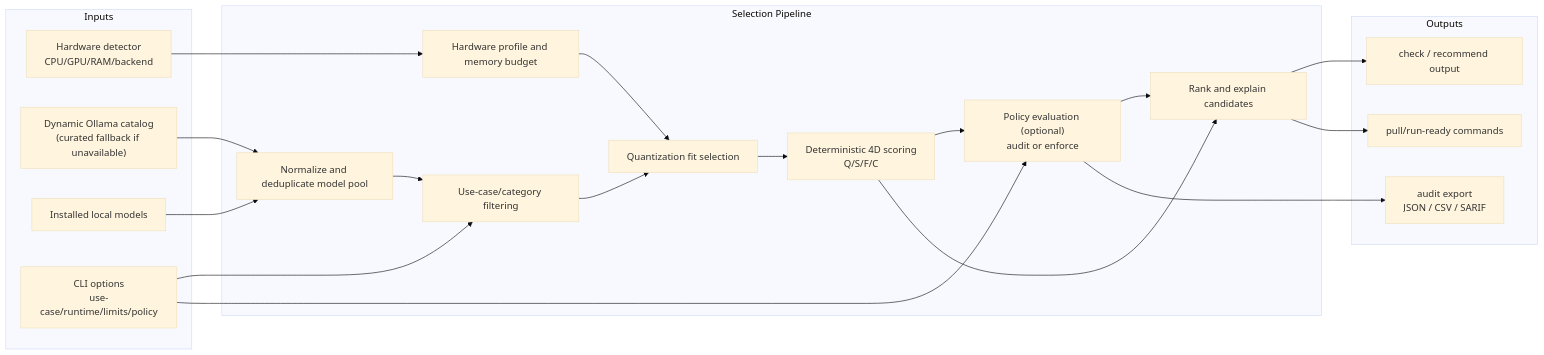
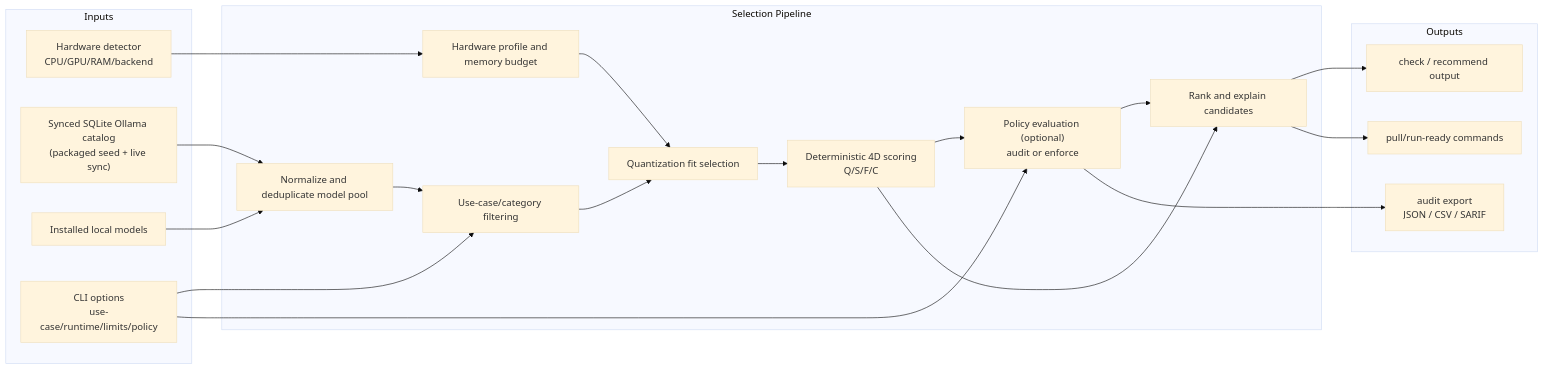
The diagram in README.md (signerless/llm-checker), drawn with Mermaid (base theme) before and after one commit. The commit also changed other lines of this file and 18 other files, not shown here.

````diff
--- a/README.md
+++ b/README.md
@@ -757,41 +822,41 @@
 ```mermaid
 flowchart LR
   subgraph Inputs
     HW["Hardware detector<br/>CPU/GPU/RAM/backend"]
-    REG["Dynamic Ollama catalog<br/>(curated fallback if unavailable)"]
+    REG["Synced SQLite Ollama catalog<br/>(packaged seed + live sync)"]
     LOCAL["Installed local models"]
     FLAGS["CLI options<br/>use-case/runtime/limits/policy"]
   end
 
   subgraph Pipeline["Selection Pipeline"]
     NORMALIZE["Normalize and deduplicate model pool"]
     PROFILE["Hardware profile and memory budget"]
     FILTER["Use-case/category filtering"]
     QUANT["Quantization fit selection"]
     SCORE["Deterministic 4D scoring<br/>Q/S/F/C"]
     POLICY["Policy evaluation (optional)<br/>audit or enforce"]
     RANK["Rank and explain candidates"]
   end
 
   subgraph Outputs
     REC["check / recommend output"]
     AUDIT["audit export<br/>JSON / CSV / SARIF"]
     RUN["pull/run-ready commands"]
   end
 
   REG --> NORMALIZE
   LOCAL --> NORMALIZE
   HW --> PROFILE
   FLAGS --> FILTER
   FLAGS --> POLICY
   NORMALIZE --> FILTER
   PROFILE --> QUANT
   FILTER --> QUANT
   QUANT --> SCORE
   SCORE --> POLICY
   SCORE --> RANK
   POLICY --> RANK
   RANK --> REC
   POLICY --> AUDIT
   RANK --> RUN
 ```
````
